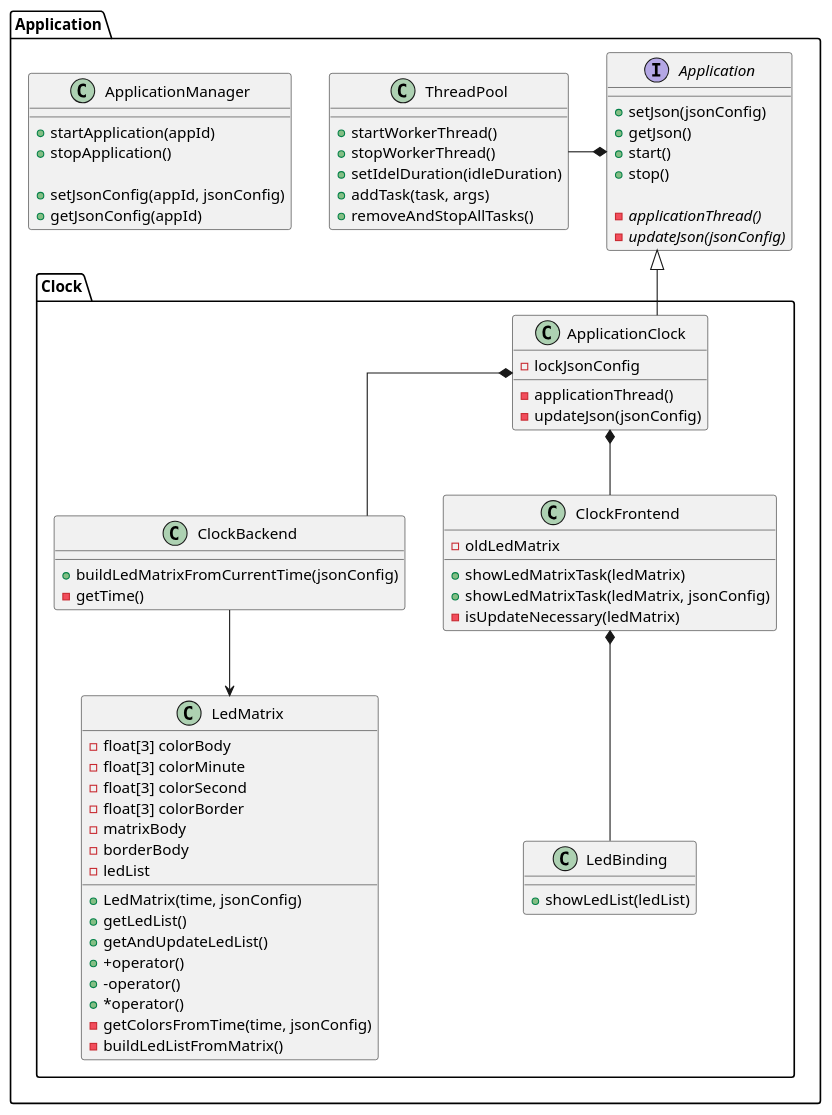
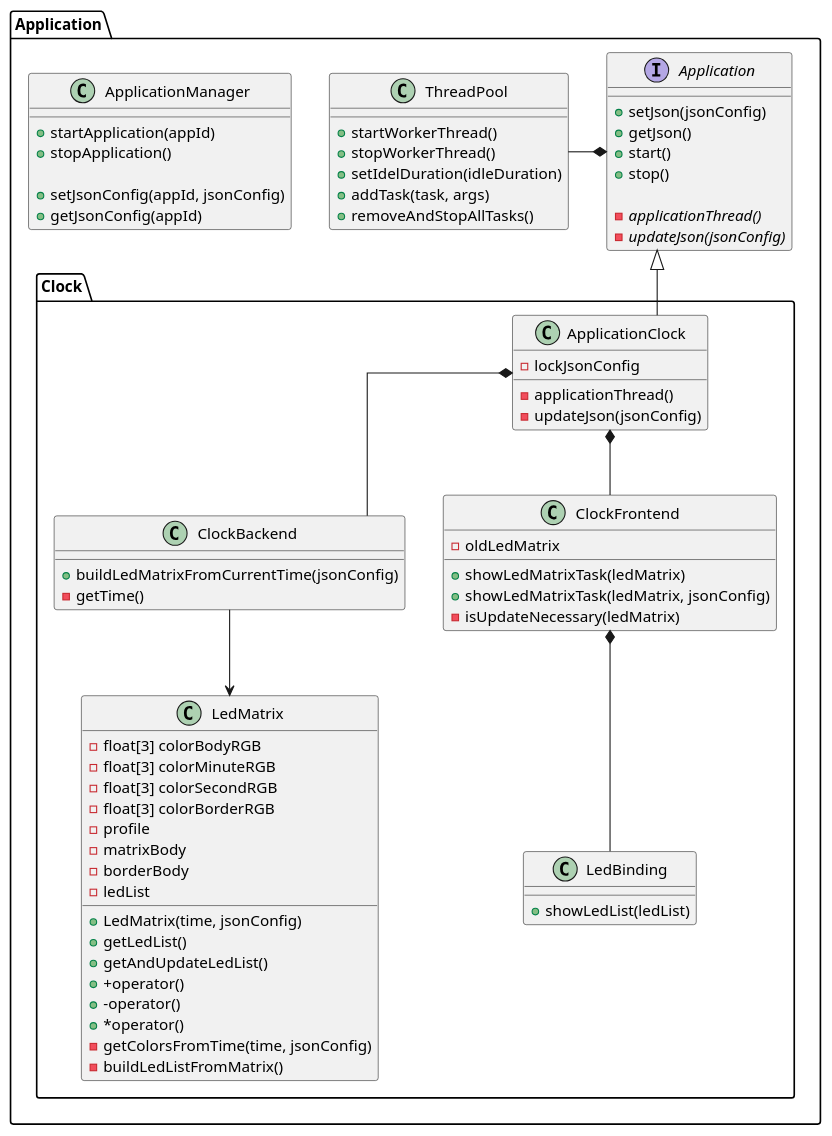
One commit to scheible/wordclock changed the diagram in Documentation/Application_Clock.puml. Above: the diagram before and after it, drawn with PlantUML. The commit also changed 1 other file, not shown here.

Commit message:
Change json

```diff
--- a/Documentation/Application_Clock.puml
+++ b/Documentation/Application_Clock.puml
@@ -1,82 +1,83 @@
 @startuml
 skinparam linetype ortho
 
 namespace Application{
       class ApplicationManager {
           +startApplication(appId)
           +stopApplication()
 
           +setJsonConfig(appId, jsonConfig)
           +getJsonConfig(appId)
       }
 
       interface Application {
           +setJson(jsonConfig)
           +getJson()
           +start()
           +stop()
 
           -{abstract} applicationThread()
-          -{abstract} updateJson(jsonConfig) 
+          -{abstract} updateJson(jsonConfig)
       }
 
 
 
       class ThreadPool {
           +startWorkerThread()
           +stopWorkerThread()
           +setIdelDuration(idleDuration)
           +addTask(task, args)
           +removeAndStopAllTasks()
       }
 
       ThreadPool -* Application
 
       namespace Clock {
           class ApplicationClock {
               -lockJsonConfig
               -applicationThread()
               -updateJson(jsonConfig)
           }
           class ClockBackend {
               +buildLedMatrixFromCurrentTime(jsonConfig)
               -getTime()
           }
           class ClockFrontend {
               -oldLedMatrix
               +showLedMatrixTask(ledMatrix)
               +showLedMatrixTask(ledMatrix, jsonConfig)
               -isUpdateNecessary(ledMatrix)
           }
           class LedBinding {
               +showLedList(ledList)
           }
 
           class LedMatrix {
-            -float[3] colorBody
-            -float[3] colorMinute
-            -float[3] colorSecond
-            -float[3] colorBorder
+            -float[3] colorBodyRGB
+            -float[3] colorMinuteRGB
+            -float[3] colorSecondRGB
+            -float[3] colorBorderRGB
+            -profile
             -matrixBody
             -borderBody
             -ledList
             +LedMatrix(time, jsonConfig)
             +getLedList()
             +getAndUpdateLedList()
             + +operator()
             + -operator()
             + *operator()
             -getColorsFromTime(time, jsonConfig)
             -buildLedListFromMatrix()
           }
 
           Application.Application <|-- Application.Clock.ApplicationClock
           ApplicationClock *-- ClockBackend
           ApplicationClock *-- ClockFrontend
           ClockFrontend *-- LedBinding
           ClockBackend --> LedMatrix
       }
 
 }
 
 @enduml
```
